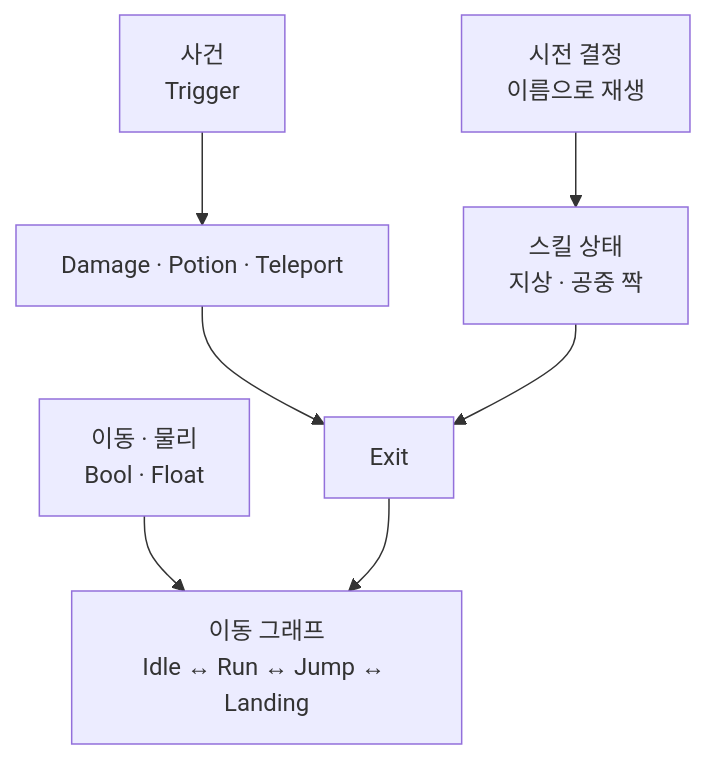
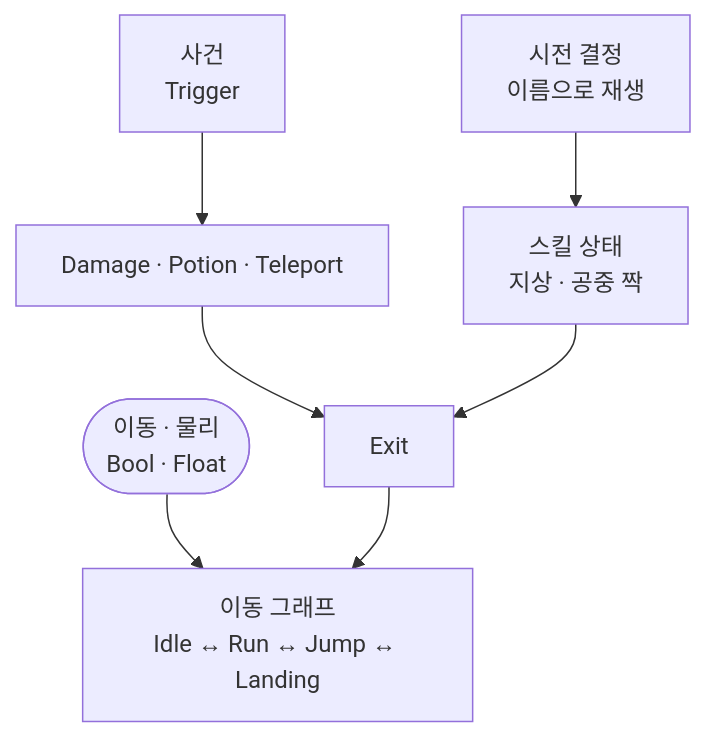
Before and after one commit to monet5379/monet5379.github.io: the diagram in notes/dragon-animator-move-exit.md, drawn with Mermaid. The commit also changed 8 other files, not shown here.

Commit message:
fix(notes): dragon monster·relic·inventory Mermaid visual

````diff
--- a/notes/dragon-animator-move-exit.md
+++ b/notes/dragon-animator-move-exit.md
@@ -40,9 +40,10 @@
 ```mermaid
 flowchart TD
-  P["이동 · 물리<br/>Bool · Float"] --> MOVE["이동 그래프<br/>Idle ↔ Run ↔ Jump ↔ Landing"]
+  P(["이동 · 물리<br/>Bool · Float"])
+  P --> MOVE["이동 그래프<br/>Idle ↔ Run ↔ Jump ↔ Landing"]
   EV["사건<br/>Trigger"] --> ACT["Damage · Potion · Teleport"]
   CAST["시전 결정<br/>이름으로 재생"] --> SK["스킬 상태<br/>지상 · 공중 짝"]
   ACT --> X["Exit"]
   SK --> X
   X --> MOVE
 ```
````
